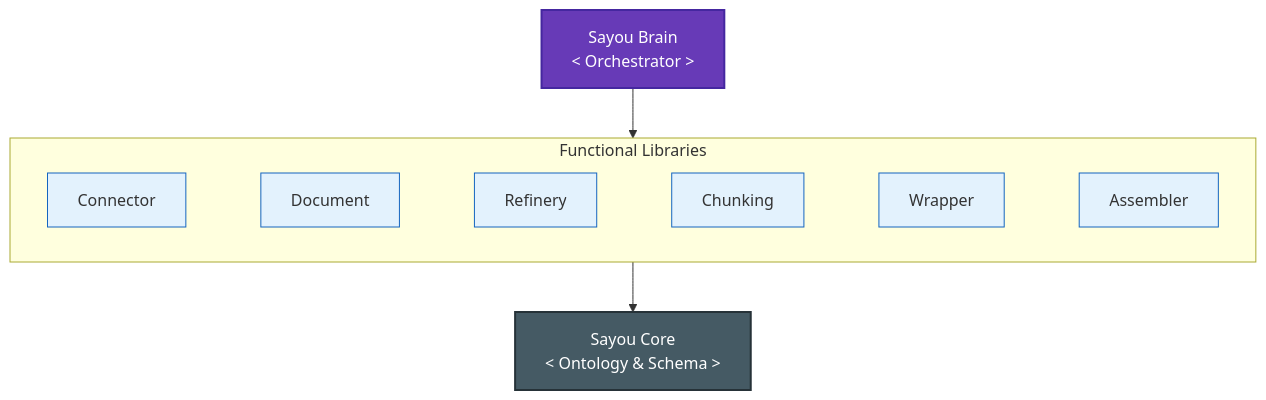
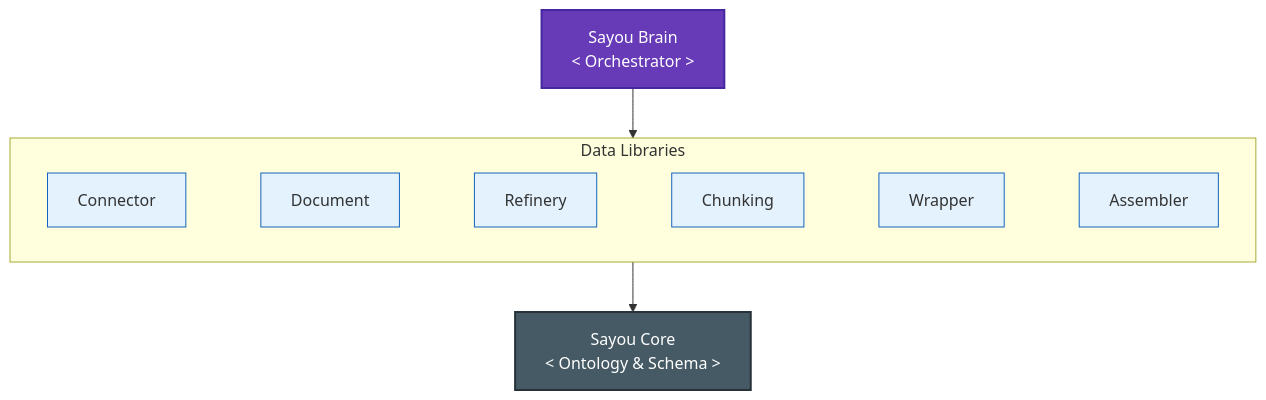
Before and after one commit to sayouzone/sayou-fabric: the first of 3 diagrams in README.ko.md, drawn with Mermaid. The commit also changed other lines of this file and 1 other file, not shown here.

````diff
--- a/README.ko.md
+++ b/README.ko.md
@@ -40,34 +42,34 @@
 ```mermaid
 graph TD
     %% 스타일 정의
     classDef brain fill:#673ab7,stroke:#4527a0,color:white,stroke-width:2px;
     classDef modules fill:#e3f2fd,stroke:#1565c0,stroke-width:1px;
     classDef core fill:#455a64,stroke:#263238,color:white,stroke-width:2px;
 
     %% 노드 정의
     Brain[Sayou Brain
     < Orchestrator >]:::brain
     
-    subgraph Libs [Functional Libraries]
+    subgraph Libs [Data Libraries]
         direction LR
         Conn[Connector]
         Doc[Document]
         Ref[Refinery]
         Chunk[Chunking]
         Wrap[Wrapper]
         Assem[Assembler]
     end
     
     Core[Sayou Core
     < Ontology & Schema >]:::core
 
     %% 연결
     Brain --> Libs
     Libs --> Core
     
     %% 정렬 힌트 (Libs 내부)
     Conn ~~~ Doc ~~~ Ref ~~~ Chunk ~~~ Wrap ~~~ Assem
 
     %% 스타일 적용
     class Conn,Doc,Ref,Chunk,Wrap,Assem modules
 ```
````
